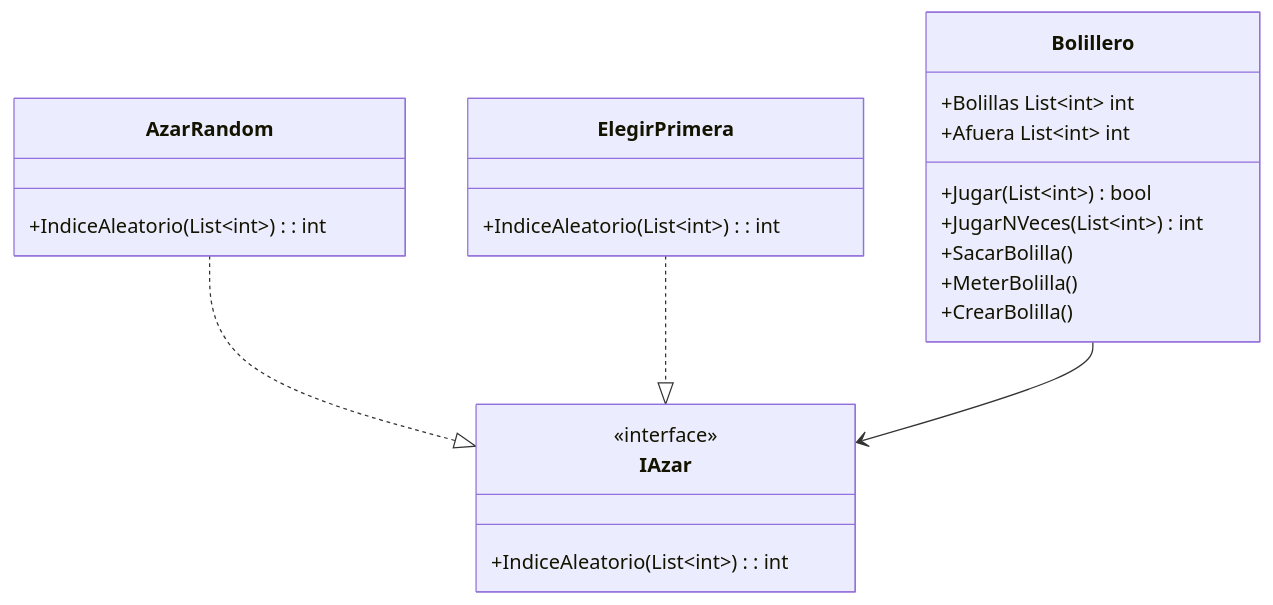
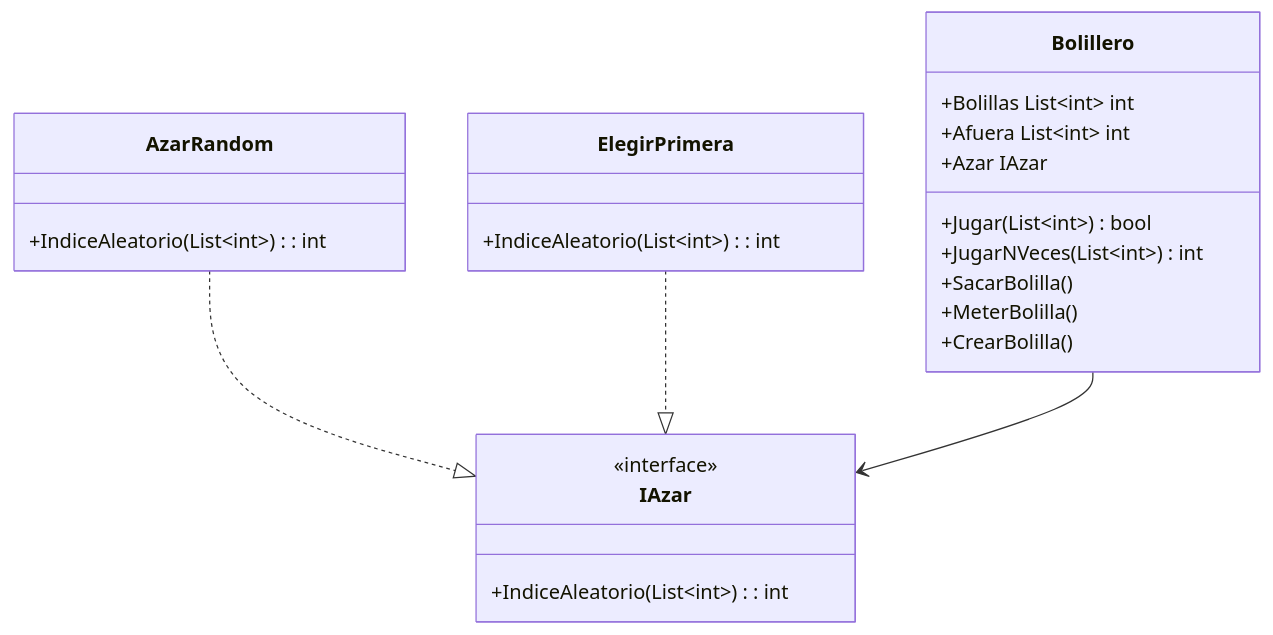
The diagram in docs/README.md (abrilchauq/Bolillero), drawn with Mermaid before and after one commit.

````diff
--- a/docs/README.md
+++ b/docs/README.md
@@ -3,31 +3,32 @@
 ```mermaid
 classDiagram
     class Bolillero{
         +Bolillas List~int~ int
         +Afuera List~int~ int 
+        +Azar IAzar
         +Jugar (List~int~) bool 
         +JugarNVeces (List~int~) int
         +SacarBolilla()
         +MeterBolilla()
         +CrearBolilla()
     }
 
     class IAzar{
         <<interface>>
         +IndiceAleatorio(List~int~): int 
     }
 
     class AzarRandom{
         +IndiceAleatorio(List~int~): int 
     }
 
     class ElegirPrimera{
         +IndiceAleatorio(List~int~): int
     }
 
 
 AzarRandom ..|> IAzar
 ElegirPrimera ..|> IAzar
 Bolillero --> IAzar
 
 ```
````
